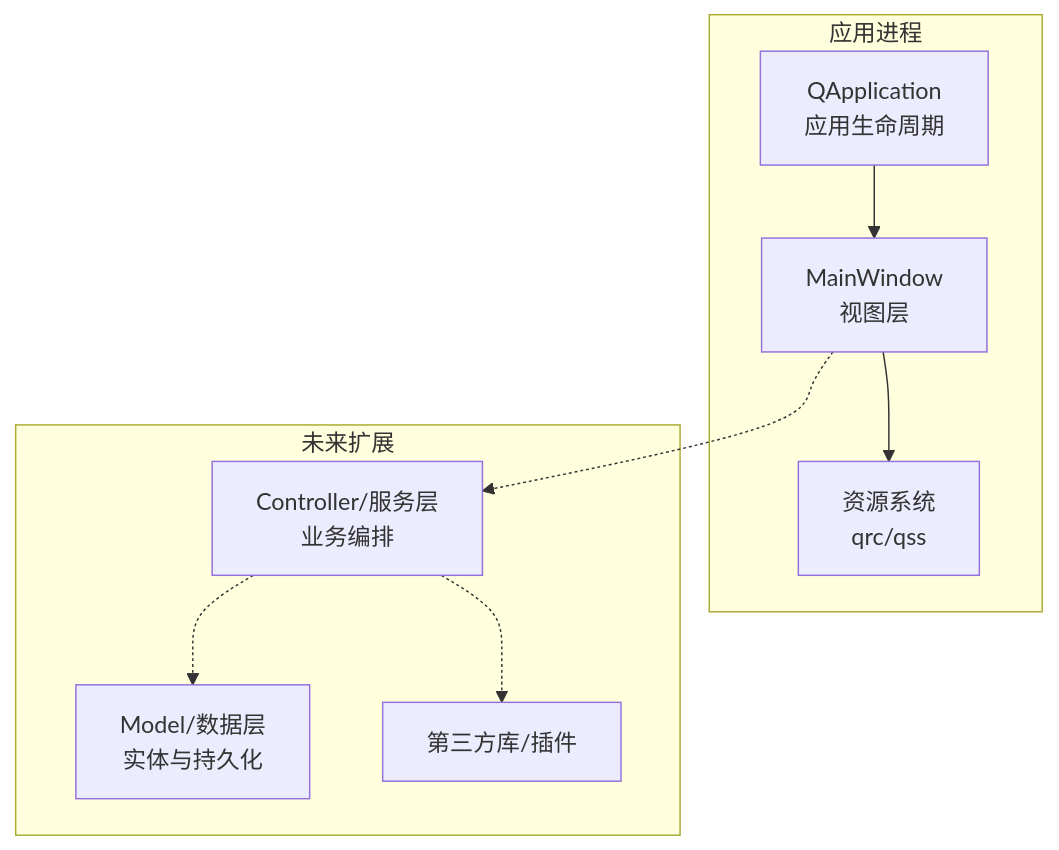
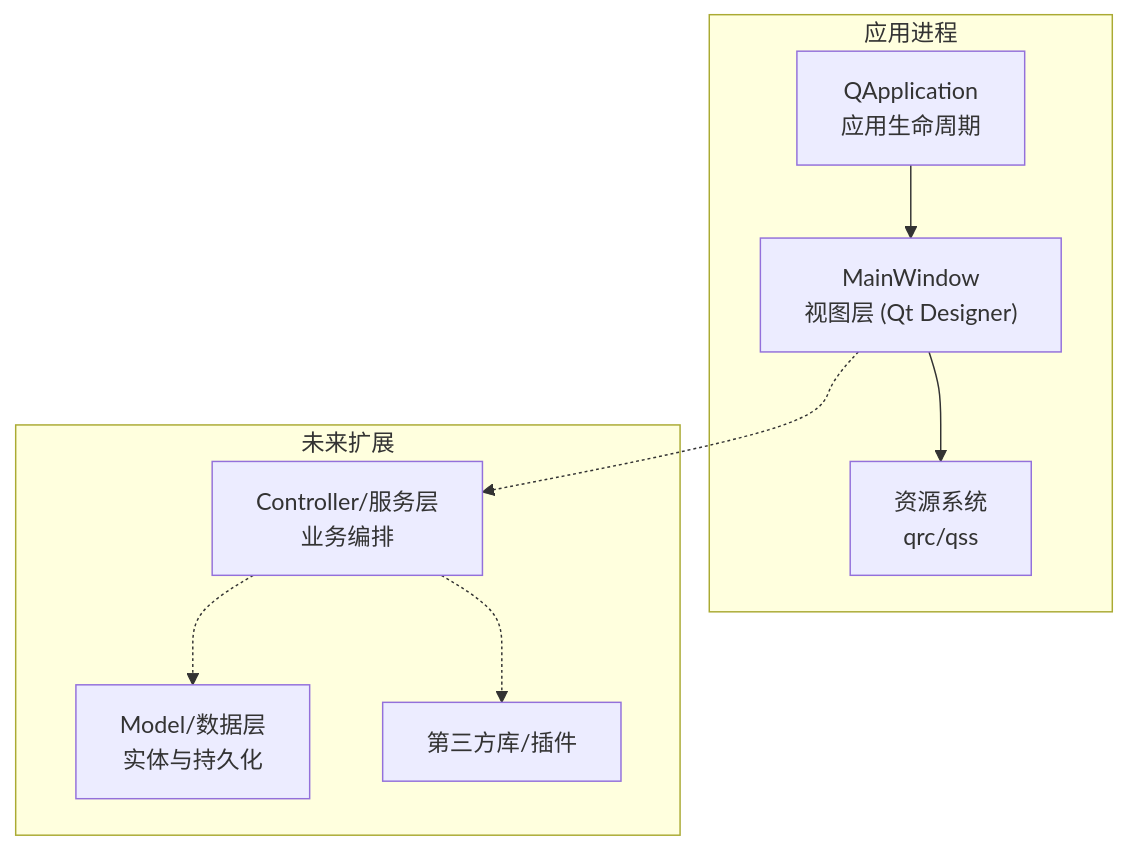
One commit to jakecai1225-design/OpenBus changed the second of 6 diagrams in .qoder/repowiki/zh/content/架构设计/架构设计.md. Above: the diagram before and after it, drawn with Mermaid. The commit also changed other lines of this file and 29 other files, not shown here.

````diff
--- a/.qoder/repowiki/zh/content/架构设计/架构设计.md
+++ b/.qoder/repowiki/zh/content/架构设计/架构设计.md
@@ -87,18 +85,18 @@
 ```mermaid
 graph TB
 subgraph "应用进程"
 App["QApplication<br/>应用生命周期"]
-Win["MainWindow<br/>视图层"]
+Win["MainWindow<br/>视图层 (Qt Designer)"]
 Res["资源系统<br/>qrc/qss"]
 end
 subgraph "未来扩展"
 Ctrl["Controller/服务层<br/>业务编排"]
 Mod["Model/数据层<br/>实体与持久化"]
 Ext["第三方库/插件"]
 end
 App --> Win
 Win --> Res
 Win -.-> Ctrl
 Ctrl -.-> Mod
 Ctrl -.-> Ext
 ```
````
